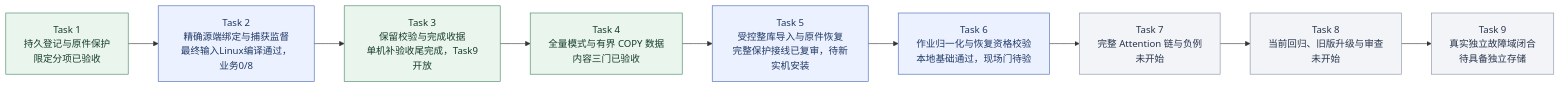
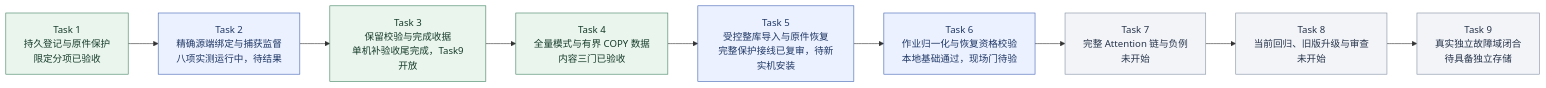
One commit to MansurnamedZhang/learning-system-p0c4 changed the second of 9 diagrams in docs/KnowWeave实施路线与系统架构.md. Above: the diagram before and after it, drawn with Mermaid. The commit also changed other lines of this file and 3 other files, not shown here.

````diff
--- a/docs/KnowWeave实施路线与系统架构.md
+++ b/docs/KnowWeave实施路线与系统架构.md
@@ -72,26 +72,26 @@
 ```mermaid
 flowchart LR
     C4T1["Task 1<br/>持久登记与原件保护<br/>限定分项已验收"]
-    C4T2["Task 2<br/>精确源端绑定与捕获监督<br/>最终输入Linux编译通过，业务0/8"]
+    C4T2["Task 2<br/>精确源端绑定与捕获监督<br/>八项实测运行中，待结果"]
     C4T3["Task 3<br/>保留校验与完成收据<br/>单机补验收尾完成，Task9开放"]
     C4T4["Task 4<br/>全量模式与有界 COPY 数据<br/>内容三门已验收"]
     C4T5["Task 5<br/>受控整库导入与原件恢复<br/>完整保护接线已复审，待新实机安装"]
     C4T6["Task 6<br/>作业归一化与恢复资格校验<br/>本地基础通过，现场门待验"]
     C4T7["Task 7<br/>完整 Attention 链与负例<br/>未开始"]
     C4T8["Task 8<br/>当前回归、旧版升级与审查<br/>未开始"]
     C4T9["Task 9<br/>真实独立故障域闭合<br/>待具备独立存储"]
     C4T1 --> C4T2
     C4T2 --> C4T3
     C4T3 --> C4T4
     C4T4 --> C4T5
     C4T5 --> C4T6
     C4T6 --> C4T7
     C4T7 --> C4T8
     C4T8 --> C4T9
     class C4T1,C4T3,C4T4 done
     class C4T2,C4T5,C4T6 next
     class C4T7,C4T8,C4T9 planned
     classDef done fill:#eaf5ee,stroke:#438363,color:#173d2b
     classDef next fill:#ebf1ff,stroke:#4365b4,color:#203866
     classDef planned fill:#f2f4f8,stroke:#8591a3,color:#28354b
 ```
````
